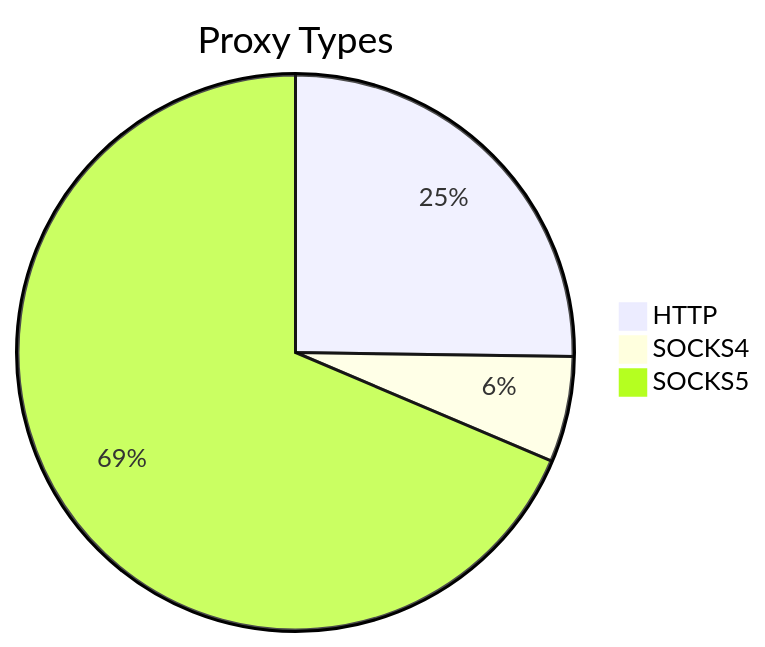
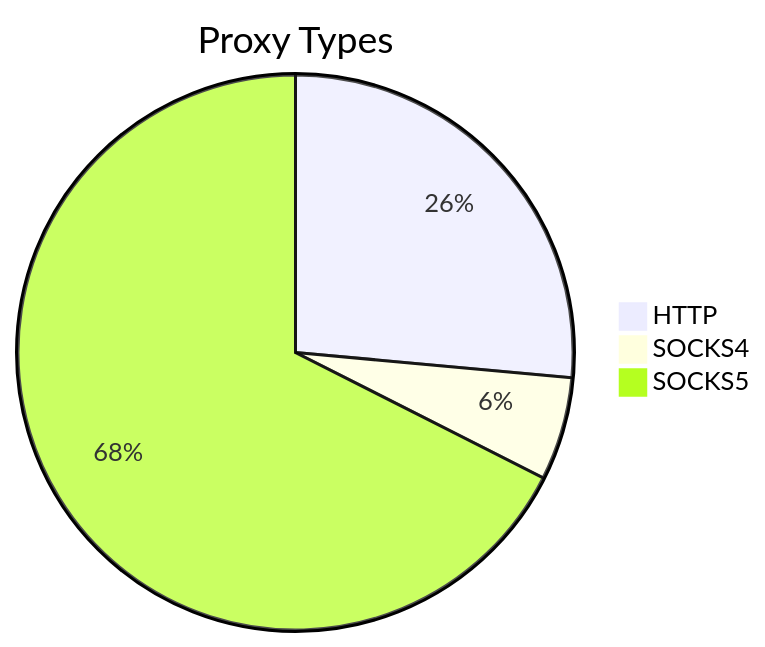
One commit to stormsia/proxy-list changed the first of 2 diagrams in README.md. Above: the diagram before and after it, drawn with Mermaid. The commit also changed other lines of this file, not shown here.

````diff
--- a/README.md
+++ b/README.md
@@ -21,6 +21,6 @@
 ```mermaid
 pie title Proxy Types
-    "HTTP" : 164
-    "SOCKS4" : 40
-    "SOCKS5" : 446
+    "HTTP" : 141
+    "SOCKS4" : 32
+    "SOCKS5" : 360
 ```
````
